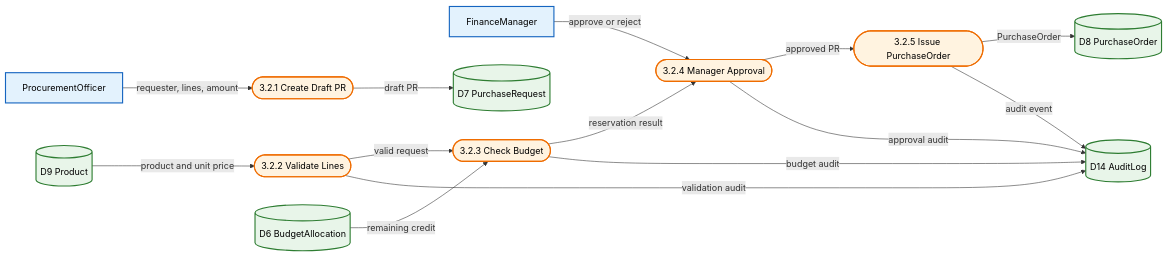
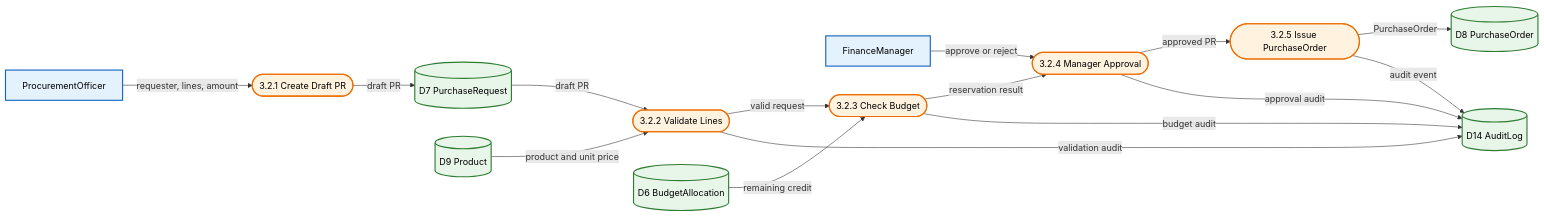
One commit to Shakour-Data/BedaanWaves changed the tenth of 11 diagrams in docs/02_architecture/ARCH_integrated-hr-finance-procurement-dfd_v1.md. Above: the diagram before and after it, drawn with Mermaid. The commit also changed other lines of this file and 62 other files, not shown here.

````diff
--- a/docs/02_architecture/ARCH_integrated-hr-finance-procurement-dfd_v1.md
+++ b/docs/02_architecture/ARCH_integrated-hr-finance-procurement-dfd_v1.md
@@ -478,33 +492,34 @@
 ```mermaid
 flowchart LR
-    classDef entity fill:#E3F2FD,stroke:#1565C0,stroke-width:2px,color:#000;
-    classDef process fill:#FFF3E0,stroke:#EF6C00,stroke-width:2px,color:#000;
-    classDef store fill:#E8F5E9,stroke:#2E7D32,stroke-width:2px,color:#000;
+classDef entity fill:#E3F2FD,stroke:#1565C0,stroke-width:2px,color:#000;
+classDef process fill:#FFF3E0,stroke:#EF6C00,stroke-width:2px,color:#000;
+classDef store fill:#E8F5E9,stroke:#2E7D32,stroke-width:2px,color:#000;
 
-    PROC[ProcurementOfficer]:::entity
-    FIN[FinanceManager]:::entity
-    T1([3.2.1 Create Draft PR]):::process
-    T2([3.2.2 Validate Lines]):::process
-    T3([3.2.3 Check Budget]):::process
-    T4([3.2.4 Manager Approval]):::process
-    T5([3.2.5 Issue PurchaseOrder]):::process
-    D7[(D7 PurchaseRequest)]:::store
-    D6[(D6 BudgetAllocation)]:::store
-    D8[(D8 PurchaseOrder)]:::store
-    D9[(D9 Product)]:::store
-    D14[(D14 AuditLog)]:::store
+PROC[ProcurementOfficer]:::entity
+FIN[FinanceManager]:::entity
+T1([3.2.1 Create Draft PR]):::process
+T2([3.2.2 Validate Lines]):::process
+T3([3.2.3 Check Budget]):::process
+T4([3.2.4 Manager Approval]):::process
+T5([3.2.5 Issue PurchaseOrder]):::process
+D7[(D7 PurchaseRequest)]:::store
+D6[(D6 BudgetAllocation)]:::store
+D8[(D8 PurchaseOrder)]:::store
+D9[(D9 Product)]:::store
+D14[(D14 AuditLog)]:::store
 
     PROC -->|requester, lines, amount| T1
     T1 -->|draft PR| D7
+    D7 -->|draft PR| T2
     D9 -->|product and unit price| T2
-    T2 -->|valid request| T3
-    D6 -->|remaining credit| T3
-    T3 -->|reservation result| T4
-    FIN -->|approve or reject| T4
-    T4 -->|approved PR| T5
-    T5 -->|PurchaseOrder| D8
-    T5 -->|audit event| D14
-    T2 -->|validation audit| D14
-    T3 -->|budget audit| D14
-    T4 -->|approval audit| D14
+T2 -->|valid request| T3
+D6 -->|remaining credit| T3
+T3 -->|reservation result| T4
+FIN -->|approve or reject| T4
+T4 -->|approved PR| T5
+T5 -->|PurchaseOrder| D8
+T5 -->|audit event| D14
+T2 -->|validation audit| D14
+T3 -->|budget audit| D14
+T4 -->|approval audit| D14
 ```
````
